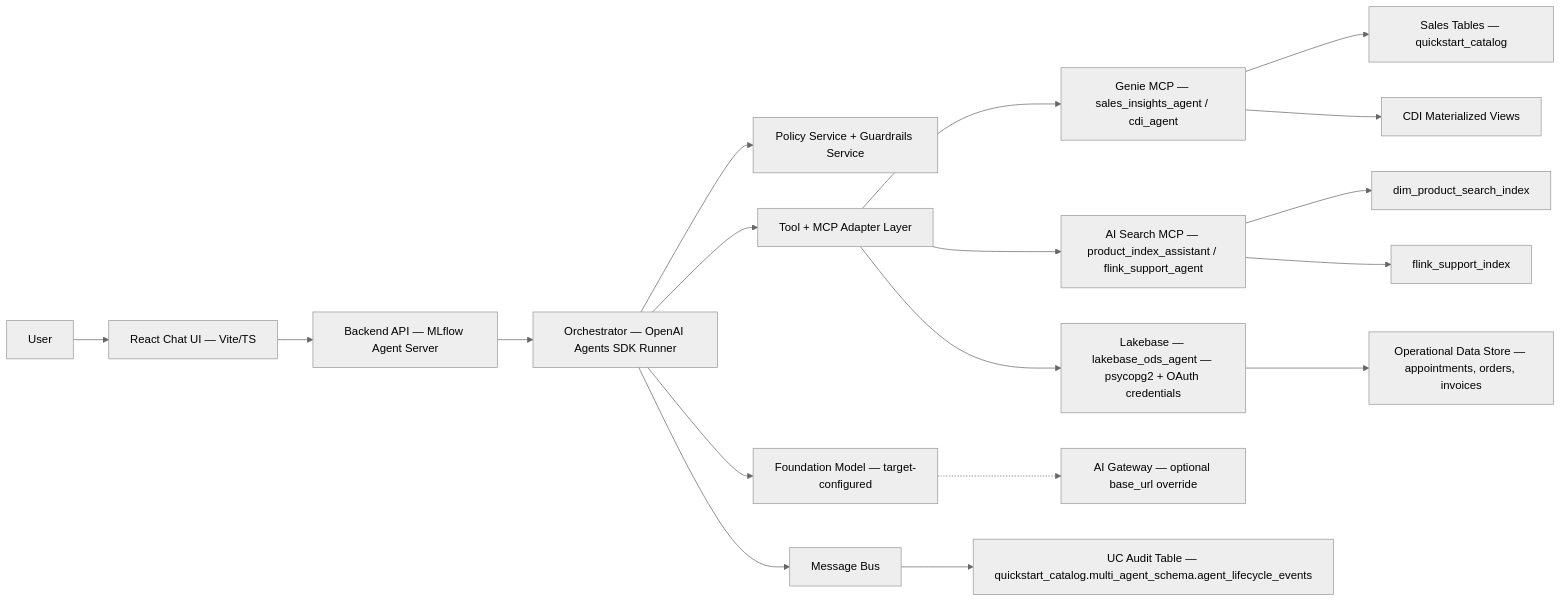
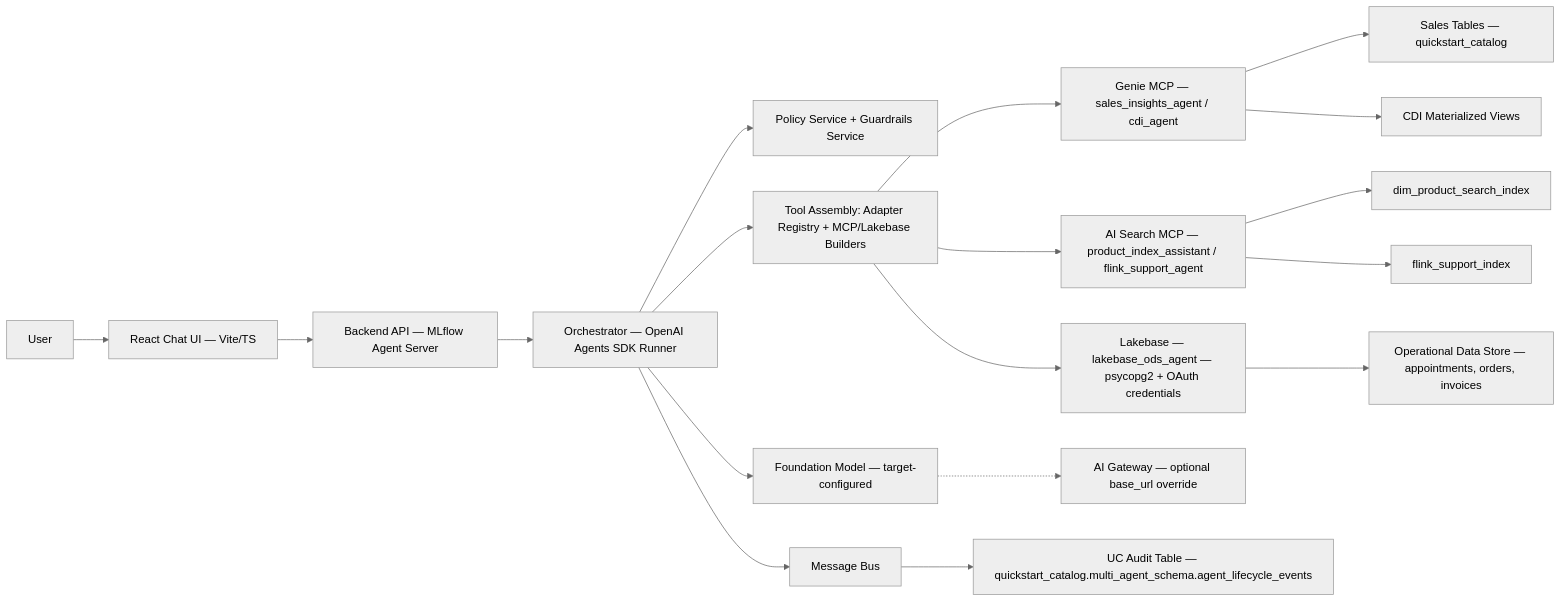
The first of 4 diagrams in docs/architecture/design-artifacts/03-logical-high-level.md (wchen-dea/Governed-Multi-Agent-Intelligence-on-Databricks), drawn with Mermaid (neutral theme) before and after one commit. The commit also changed other lines of this file and 12 other files, not shown here.

Commit message:
restructure api and mcp layer

````diff
--- a/docs/architecture/design-artifacts/03-logical-high-level.md
+++ b/docs/architecture/design-artifacts/03-logical-high-level.md
@@ -7,20 +7,20 @@
 ```mermaid
 flowchart LR
     User[User] --> FE[React Chat UI — Vite/TS]
     FE --> API[Backend API — MLflow Agent Server]
     API --> ORCH[Orchestrator — OpenAI Agents SDK Runner]
     ORCH --> POL[Policy Service + Guardrails Service]
-    ORCH --> TOOL[Tool + MCP Adapter Layer]
+    ORCH --> TOOL[Tool Assembly: Adapter Registry + MCP/Lakebase Builders]
     TOOL --> GENIE[Genie MCP — sales_insights_agent / cdi_agent]
     TOOL --> AIS[AI Search MCP — product_index_assistant / flink_support_agent]
     TOOL --> LB[Lakebase — lakebase_ods_agent — psycopg2 + OAuth credentials]
     GENIE --> ST[Sales Tables — quickstart_catalog]
     GENIE --> MV[CDI Materialized Views]
     AIS --> PI[dim_product_search_index]
     AIS --> FS[flink_support_index]
     LB --> OD[Operational Data Store — appointments, orders, invoices]
     ORCH --> FM[Foundation Model — target-configured]
     FM -.-> AIGW[AI Gateway — optional base_url override]
     ORCH --> BUS[Message Bus]
     BUS --> AUDIT[UC Audit Table — quickstart_catalog.multi_agent_schema.agent_lifecycle_events]
 ```
````
